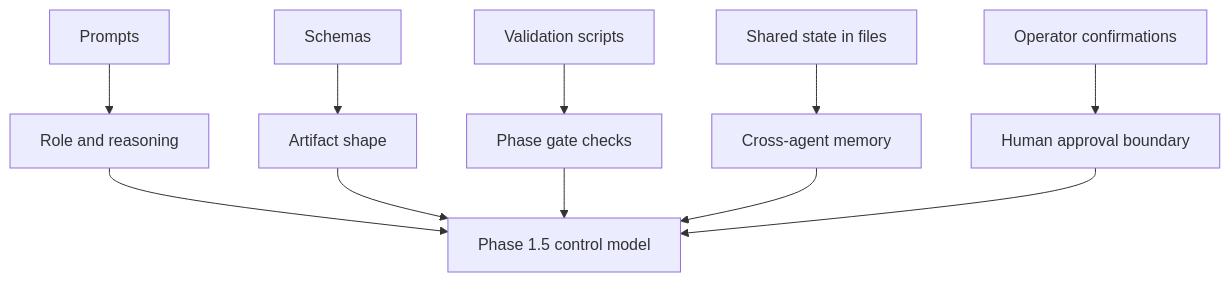
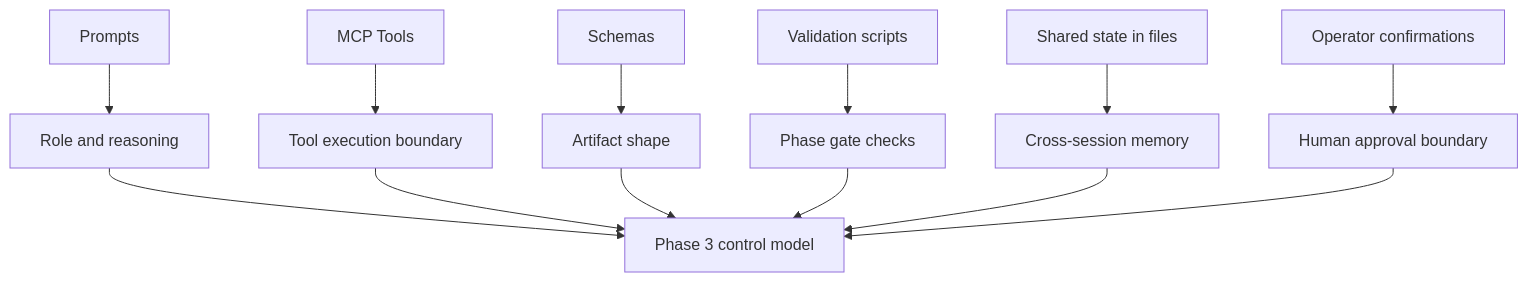
Before and after one commit to K3m1st/IRONTHREAD: the second of 9 diagrams in docs/INFRA_WIREFRAME.md, drawn with Mermaid. The commit also changed other lines of this file and 39 other files, not shown here.

First line of the commit message:
Phase 3: collapse 5 agent sessions to 2 via MCP tool servers

````diff
--- a/docs/INFRA_WIREFRAME.md
+++ b/docs/INFRA_WIREFRAME.md
@@ -35,14 +31,16 @@
 ```mermaid
 flowchart TD
     A["Prompts"] --> B["Role and reasoning"]
-    C["Schemas"] --> D["Artifact shape"]
-    E["Validation scripts"] --> F["Phase gate checks"]
-    G["Shared state in files"] --> H["Cross-agent memory"]
-    I["Operator confirmations"] --> J["Human approval boundary"]
+    C["MCP Tools"] --> D["Tool execution boundary"]
+    E["Schemas"] --> F["Artifact shape"]
+    G["Validation scripts"] --> H["Phase gate checks"]
+    I["Shared state in files"] --> J["Cross-session memory"]
+    K["Operator confirmations"] --> L["Human approval boundary"]
 
-    B --> K["Phase 1.5 control model"]
-    D --> K
-    F --> K
-    H --> K
-    J --> K
+    B --> M["Phase 3 control model"]
+    D --> M
+    F --> M
+    H --> M
+    J --> M
+    L --> M
 ```
````
